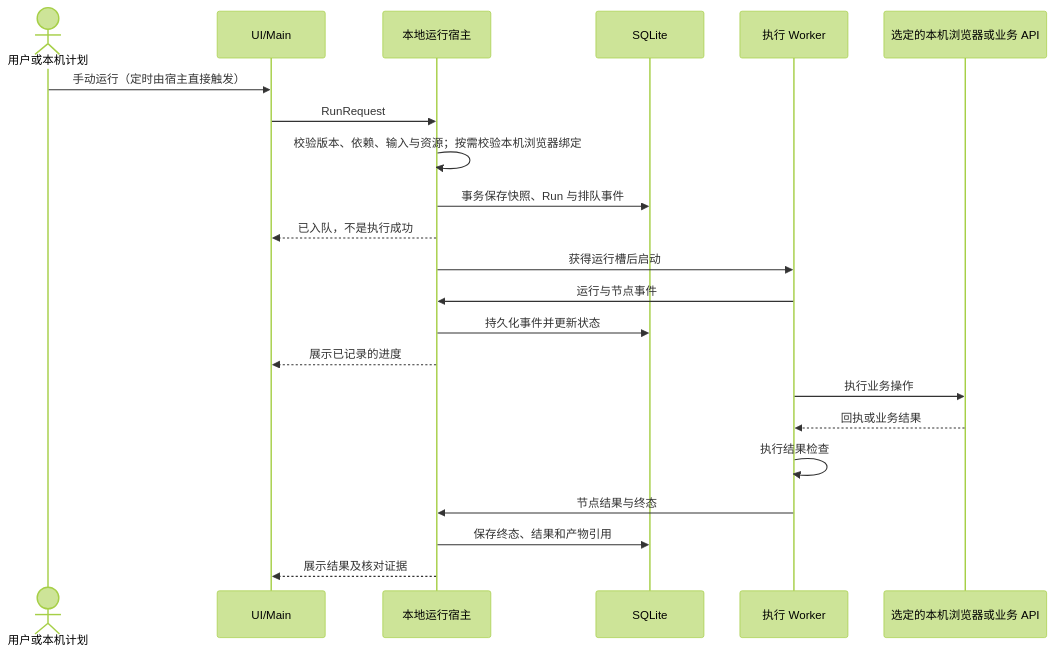
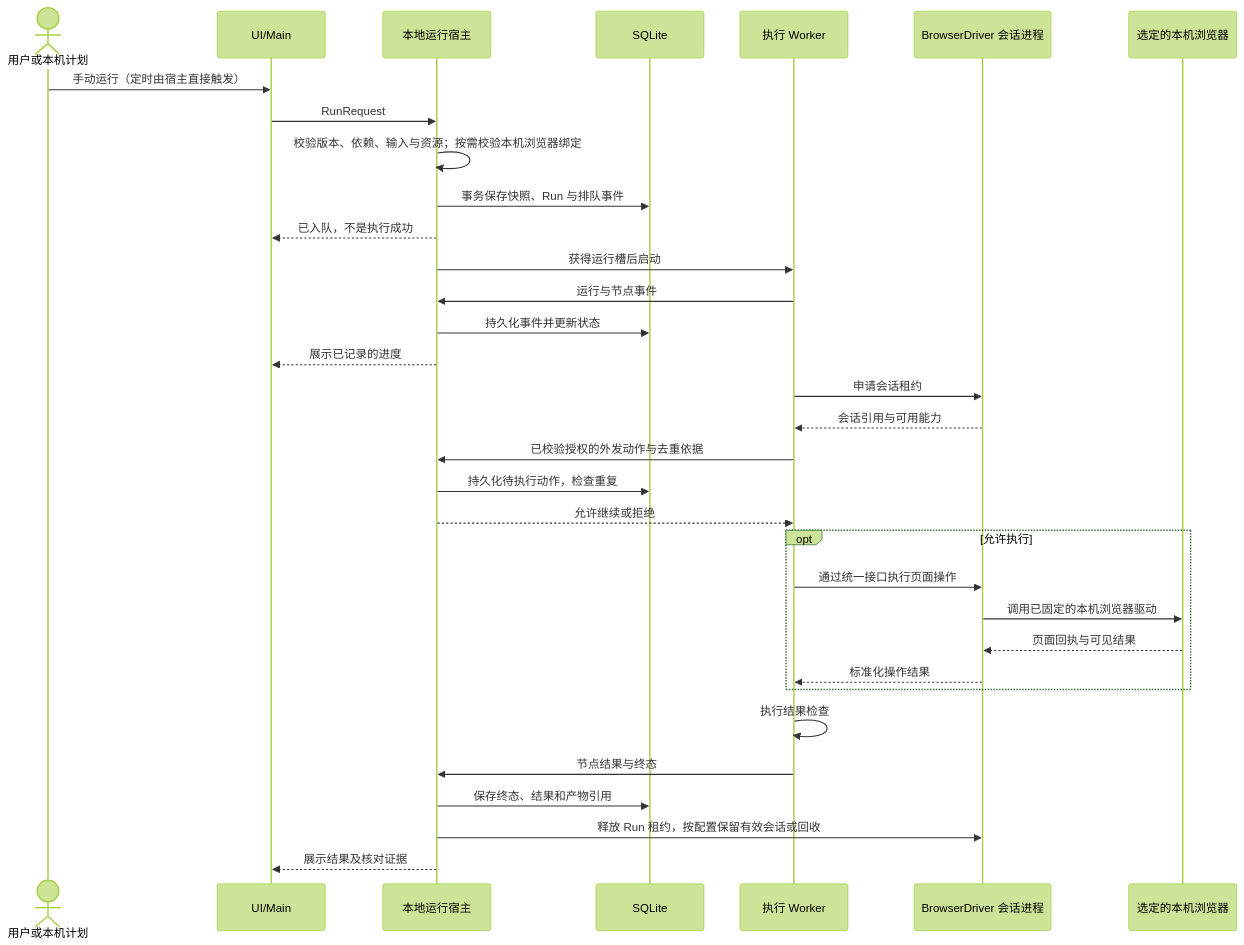
Before and after one commit to zhongmiao-org/flow-ark: the third of 5 diagrams in docs/architecture.md, drawn with Mermaid (forest theme). The commit also changed other lines of this file and 5 other files, not shown here.

````diff
--- a/docs/architecture.md
+++ b/docs/architecture.md
@@ -167,24 +213,35 @@
 ```mermaid
 sequenceDiagram
     actor U as 用户或本机计划
     participant UI as UI/Main
     participant H as 本地运行宿主
     participant D as SQLite
     participant W as 执行 Worker
-    participant B as 选定的本机浏览器或业务 API
+    participant BD as BrowserDriver 会话进程
+    participant B as 选定的本机浏览器
     U->>UI: 手动运行（定时由宿主直接触发）
     UI->>H: RunRequest
     H->>H: 校验版本、依赖、输入与资源；按需校验本机浏览器绑定
     H->>D: 事务保存快照、Run 与排队事件
     H-->>UI: 已入队，不是执行成功
     H->>W: 获得运行槽后启动
     W->>H: 运行与节点事件
     H->>D: 持久化事件并更新状态
     H-->>UI: 展示已记录的进度
-    W->>B: 执行业务操作
-    B-->>W: 回执或业务结果
+    W->>BD: 申请会话租约
+    BD-->>W: 会话引用与可用能力
+    W->>H: 已校验授权的外发动作与去重依据
+    H->>D: 持久化待执行动作，检查重复
+    H-->>W: 允许继续或拒绝
+    opt 允许执行
+        W->>BD: 通过统一接口执行页面操作
+        BD->>B: 调用已固定的本机浏览器驱动
+        B-->>BD: 页面回执与可见结果
+        BD-->>W: 标准化操作结果
+    end
     W->>W: 执行结果检查
     W->>H: 节点结果与终态
     H->>D: 保存终态、结果和产物引用
+    H->>BD: 释放 Run 租约，按配置保留有效会话或回收
     H-->>UI: 展示结果及核对证据
 ```
````
